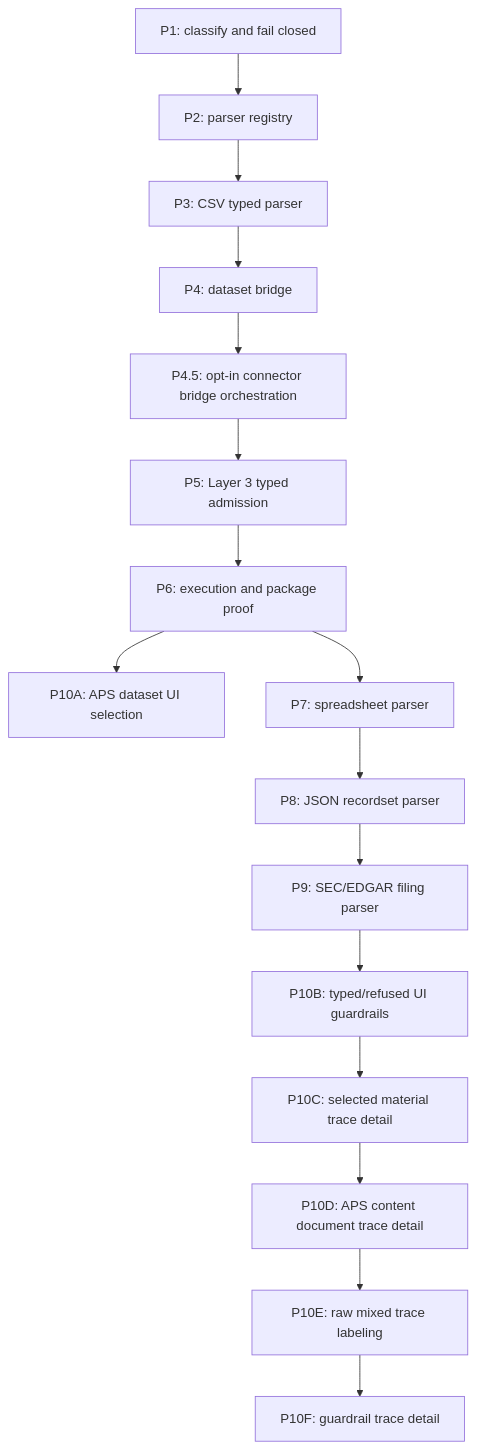
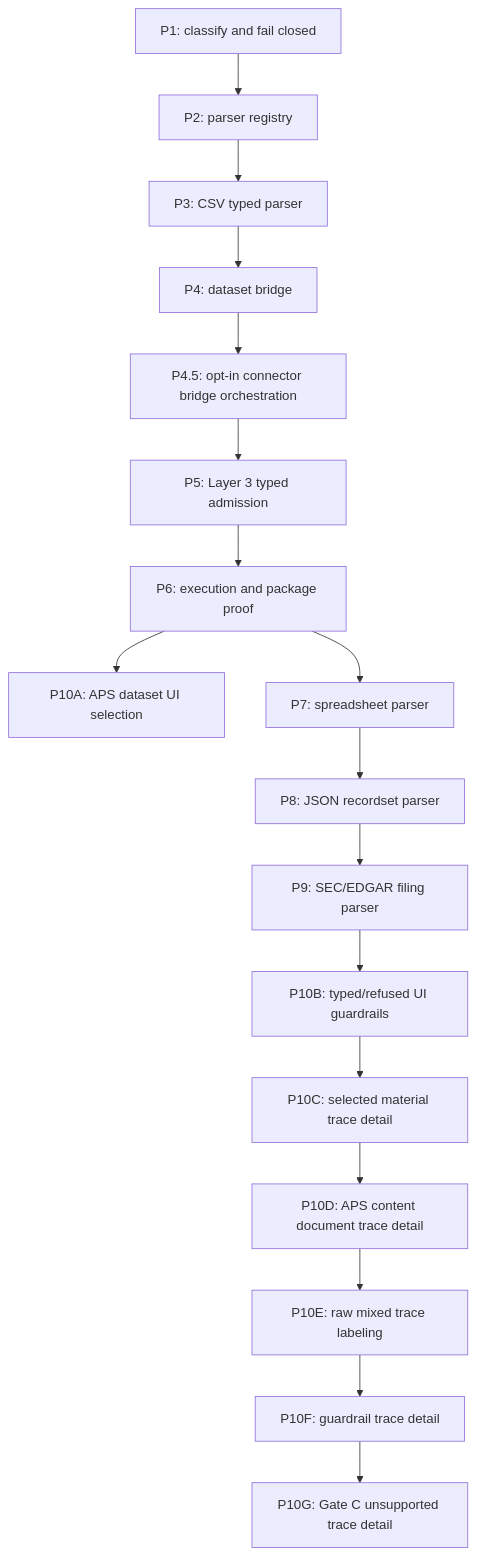
One commit to benjmcd/project6_REPO_MCP_FOLDER changed the diagram in next_milestone_plans/multi-ingest/03-implementation.md. Above: the diagram before and after it, drawn with Mermaid. The commit also changed other lines of this file and 12 other files, not shown here.

Commit message:
Trace unsupported Gate C material snapshots

````diff
--- a/next_milestone_plans/multi-ingest/03-implementation.md
+++ b/next_milestone_plans/multi-ingest/03-implementation.md
@@ -457,18 +459,19 @@
 ```mermaid
 flowchart TD
     A["P1: classify and fail closed"] --> B["P2: parser registry"]
     B --> C["P3: CSV typed parser"]
     C --> D["P4: dataset bridge"]
     D --> E["P4.5: opt-in connector bridge orchestration"]
     E --> F["P5: Layer 3 typed admission"]
     F --> G["P6: execution and package proof"]
     G --> H["P10A: APS dataset UI selection"]
     G --> I["P7: spreadsheet parser"]
     I --> J["P8: JSON recordset parser"]
     J --> K["P9: SEC/EDGAR filing parser"]
     K --> L["P10B: typed/refused UI guardrails"]
     L --> M["P10C: selected material trace detail"]
     M --> N["P10D: APS content document trace detail"]
     N --> O["P10E: raw mixed trace labeling"]
     O --> P["P10F: guardrail trace detail"]
+    P --> Q["P10G: Gate C unsupported trace detail"]
 ```
````
